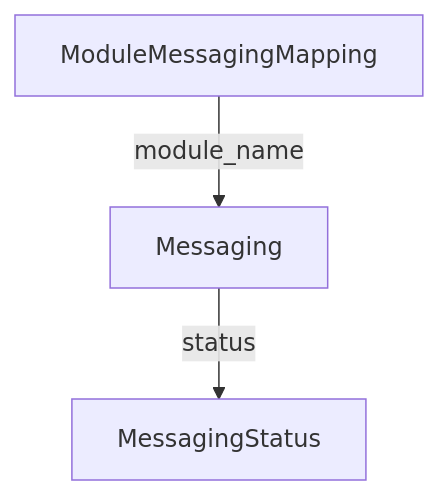
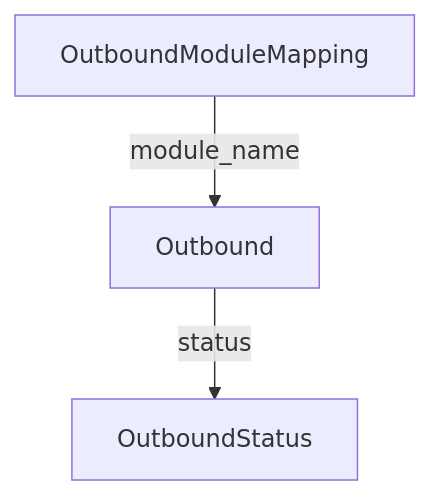
Before and after one commit to TNet-Tech/chacc_outbound: the fifth of 5 diagrams in README.md, drawn with Mermaid. The commit also changed other lines of this file and 5 other files, not shown here.

````diff
--- a/README.md
+++ b/README.md
@@ -362,8 +343,8 @@
 ```mermaid
 flowchart TD
-    M[Messaging]
-    MM[ModuleMessagingMapping]
-    S[MessagingStatus]
-    M -->|status| S
-    MM -->|module_name| M
+    O[Outbound]
+    M[OutboundModuleMapping]
+    S[OutboundStatus]
+    O -->|status| S
+    M -->|module_name| O
 ```
````
